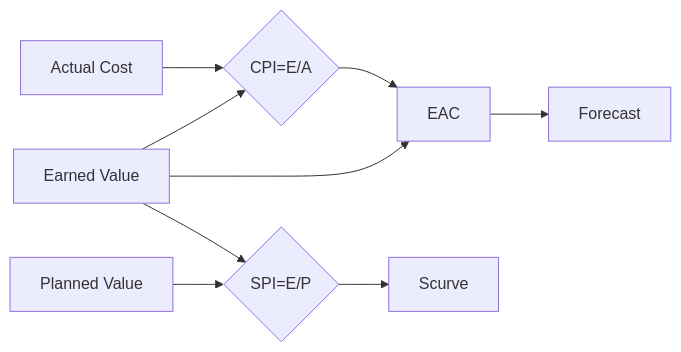
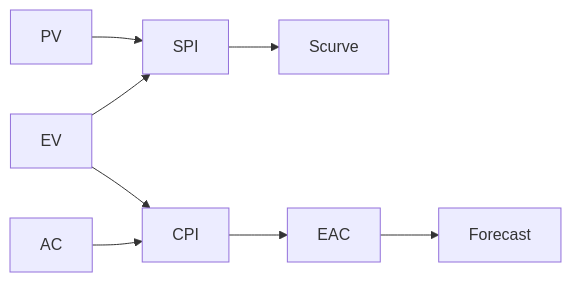
The seventh of 7 diagrams in docs/REFONTE_PMO_EPC_OVERVIEW.md (gedservices/pmo_epc), drawn with Mermaid before and after one commit. The commit also changed other lines of this file and 6 other files, not shown here.

````diff
--- a/docs/REFONTE_PMO_EPC_OVERVIEW.md
+++ b/docs/REFONTE_PMO_EPC_OVERVIEW.md
@@ -150,9 +126,8 @@
 ```mermaid
 flowchart LR
-  P[Planned Value] --> SPI
-  E[Earned Value] --> SPI & CPI & EAC
-  A[Actual Cost] --> CPI
-  SPI{SPI=E/P} --> Scurve
-  CPI{CPI=E/A} --> EAC
-  EAC --> Forecast
+  P[PV] --> SPI
+  E[EV] --> SPI & CPI
+  A[AC] --> CPI
+  SPI --> Scurve
+  CPI --> EAC --> Forecast
 ```
````
